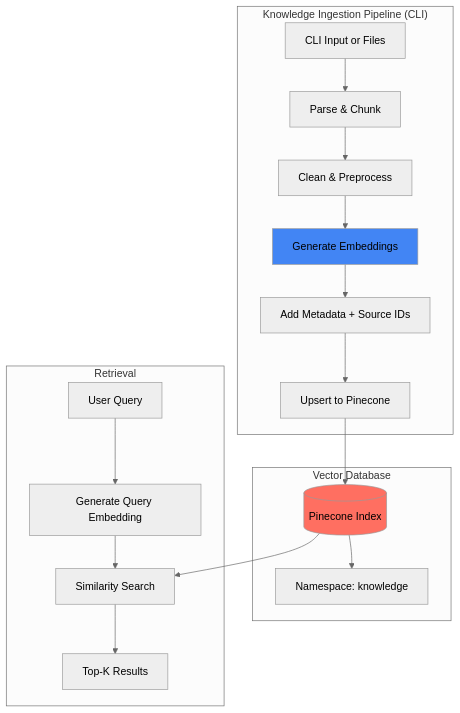
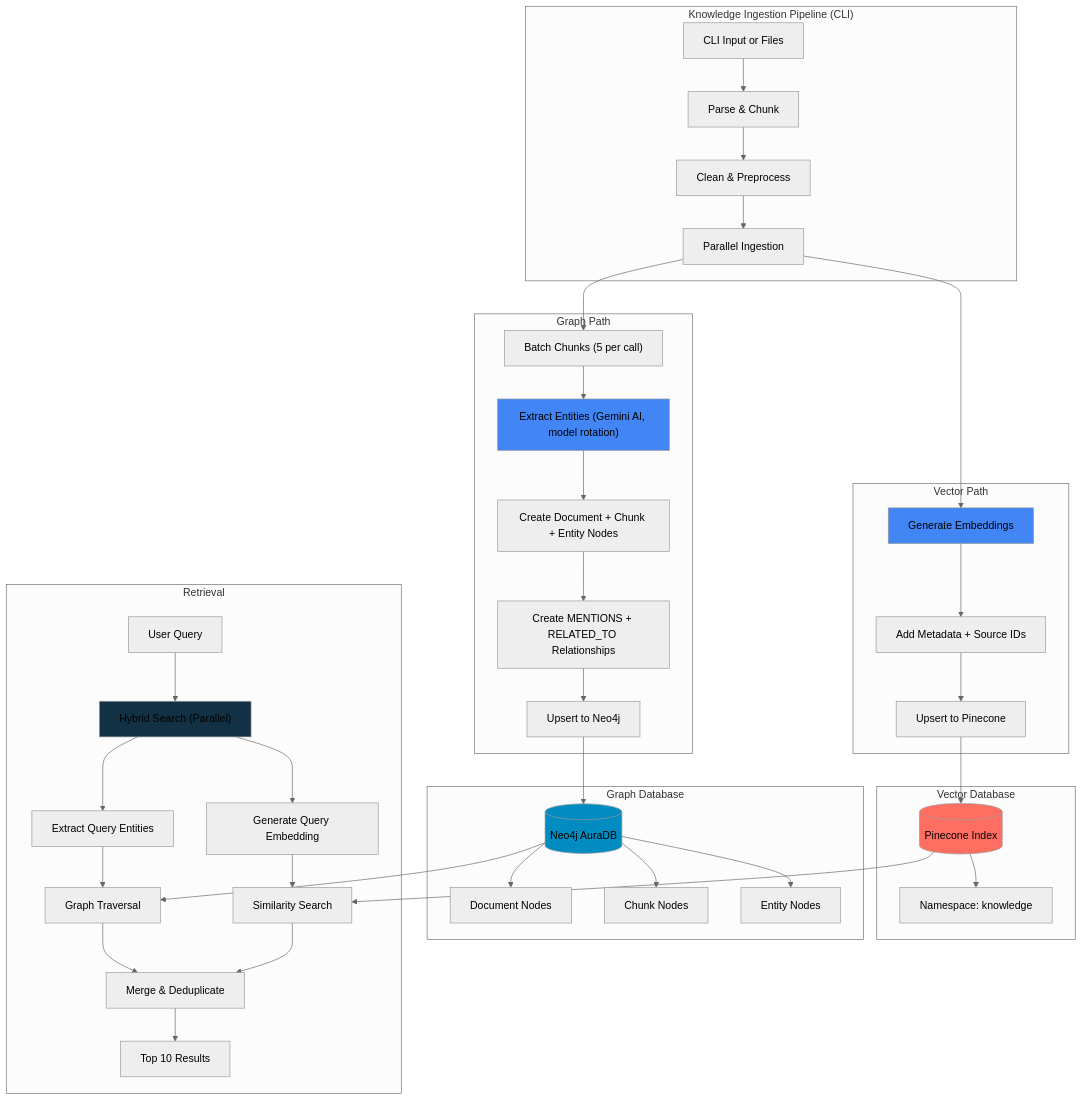
Diagram 16 of 43 in ARCHITECTURE.md (hoangsonww/AI-RAG-Assistant-Chatbot), drawn with Mermaid (neutral theme) before and after one commit. The commit also changed other lines of this file and 32 other files, not shown here.

First line of the commit message:
feat(rag): add hybrid Pinecone+Neo4j retrieval, graph ingestion, and CLI graph management

````diff
--- a/ARCHITECTURE.md
+++ b/ARCHITECTURE.md
@@ -601,25 +775,53 @@
 ```mermaid
 graph TD
     subgraph "Knowledge Ingestion Pipeline (CLI)"
         RawDocs[CLI Input or Files] --> Parse[Parse & Chunk]
         Parse --> Clean[Clean & Preprocess]
-        Clean --> Embed[Generate Embeddings]
+        Clean --> ParallelIngest["Parallel Ingestion"]
+    end
+
+    subgraph "Vector Path"
+        ParallelIngest --> Embed[Generate Embeddings]
         Embed --> Metadata[Add Metadata + Source IDs]
         Metadata --> Upsert[Upsert to Pinecone]
+    end
+
+    subgraph "Graph Path"
+        ParallelIngest --> BatchChunks["Batch Chunks (5 per call)"]
+        BatchChunks --> ExtractEntities["Extract Entities (Gemini AI, model rotation)"]
+        ExtractEntities --> CreateNodes[Create Document + Chunk + Entity Nodes]
+        CreateNodes --> CreateRels[Create MENTIONS + RELATED_TO Relationships]
+        CreateRels --> UpsertNeo4j[Upsert to Neo4j]
     end
 
     subgraph "Vector Database"
         Upsert --> PineconeIndex[(Pinecone Index)]
         PineconeIndex --> Namespace1[Namespace: knowledge]
     end
 
+    subgraph "Graph Database"
+        UpsertNeo4j --> Neo4jDB[(Neo4j AuraDB)]
+        Neo4jDB --> DocNodes[Document Nodes]
+        Neo4jDB --> ChunkNodes[Chunk Nodes]
+        Neo4jDB --> EntityNodes[Entity Nodes]
+    end
+
     subgraph "Retrieval"
-        Query[User Query] --> QueryEmbed[Generate Query Embedding]
-        QueryEmbed --> Search[Similarity Search]
-        PineconeIndex --> Search
-        Search --> Results[Top-K Results]
+        Query[User Query] --> HybridSearch["Hybrid Search (Parallel)"]
+        HybridSearch --> QueryEmbed[Generate Query Embedding]
+        HybridSearch --> QueryEntities[Extract Query Entities]
+        QueryEmbed --> VectorSearch[Similarity Search]
+        QueryEntities --> GraphTraversal[Graph Traversal]
+        PineconeIndex --> VectorSearch
+        Neo4jDB --> GraphTraversal
+        VectorSearch --> MergeResults[Merge & Deduplicate]
+        GraphTraversal --> MergeResults
+        MergeResults --> Results[Top 10 Results]
     end
 
     style PineconeIndex fill:#FF6F61
+    style Neo4jDB fill:#008CC1
     style Embed fill:#4285F4
+    style ExtractEntities fill:#4285F4
+    style HybridSearch fill:#123144
 ```
````
